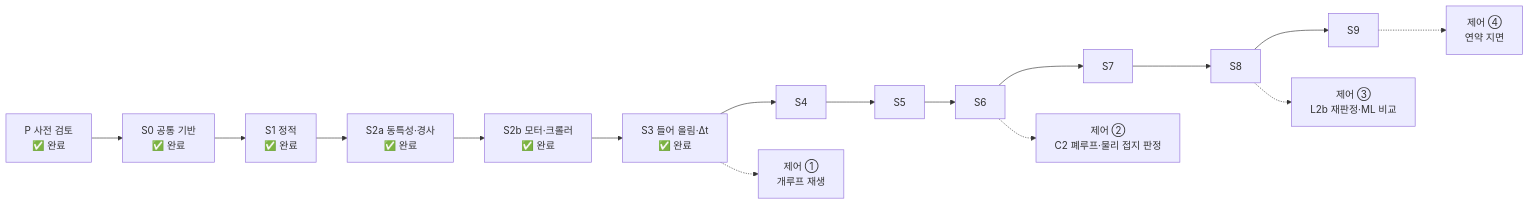
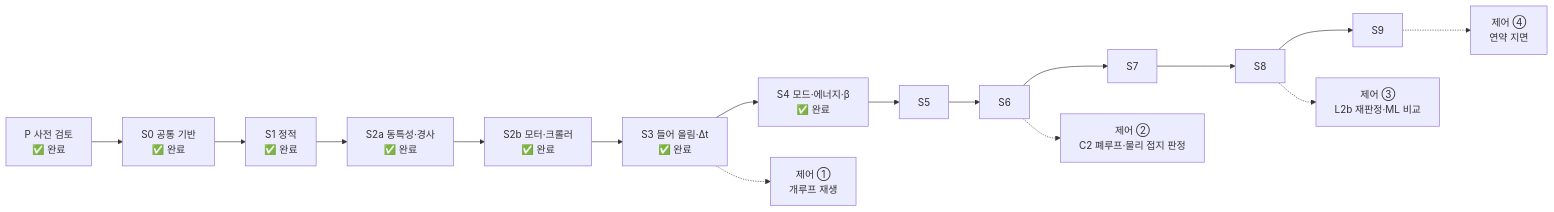
One commit to jinbeomjeong/outrigger_control changed the diagram in 00_docs/00_roadmap.md. Above: the diagram before and after it, drawn with Mermaid. The commit also changed other lines of this file and 5 other files, not shown here.

````diff
--- a/00_docs/00_roadmap.md
+++ b/00_docs/00_roadmap.md
@@ -17,10 +17,10 @@
 ```mermaid
 flowchart LR
     P["P 사전 검토<br/>✅ 완료"] --> S0["S0 공통 기반<br/>✅ 완료"]
-    S0 --> S1["S1 정적<br/>✅ 완료"] --> S2a["S2a 동특성·경사<br/>✅ 완료"] --> S2b["S2b 모터·크롤러<br/>✅ 완료"] --> S3["S3 들어 올림·Δt<br/>✅ 완료"] --> S4 --> S5 --> S6
+    S0 --> S1["S1 정적<br/>✅ 완료"] --> S2a["S2a 동특성·경사<br/>✅ 완료"] --> S2b["S2b 모터·크롤러<br/>✅ 완료"] --> S3["S3 들어 올림·Δt<br/>✅ 완료"] --> S4["S4 모드·에너지·β<br/>✅ 완료"] --> S5 --> S6
     S6 --> S7 --> S8 --> S9
     S3 -.-> C1["제어 ①<br/>개루프 재생"]
     S6 -.-> C2["제어 ②<br/>C2 폐루프·물리 접지 판정"]
     S8 -.-> C3["제어 ③<br/>L2b 재판정·ML 비교"]
     S9 -.-> C4["제어 ④<br/>연약 지면"]
 ```
````
